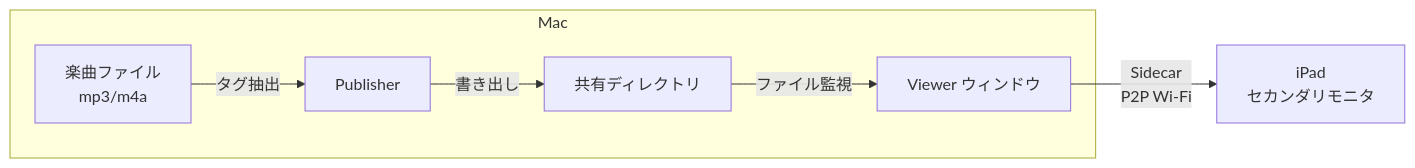
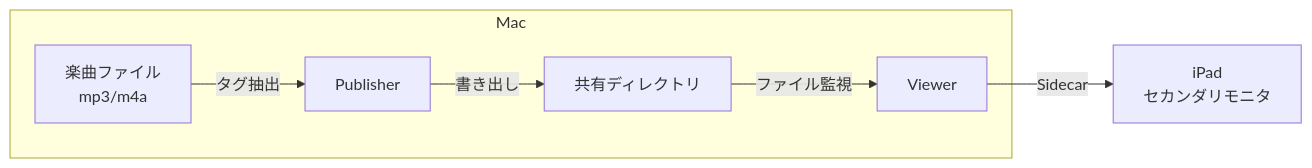
Before and after one commit to issm/now-dj-playing: the first of 2 diagrams in README.md, drawn with Mermaid. The commit also changed other lines of this file, not shown here.

````diff
--- a/README.md
+++ b/README.md
@@ -11,14 +13,14 @@
 ```mermaid
 graph LR
     subgraph Mac
         File[楽曲ファイル<br/>mp3/m4a]
         P[Publisher]
         Dir[共有ディレクトリ]
-        V[Viewer ウィンドウ]
+        V[Viewer]
     end
 
     File -->|タグ抽出| P
     P -->|書き出し| Dir
     Dir -->|ファイル監視| V
-    V -->|Sidecar<br/>P2P Wi-Fi| iPad[iPad<br/>セカンダリモニタ]
+    V -->|Sidecar| iPad[iPad<br/>セカンダリモニタ]
 ```
````
